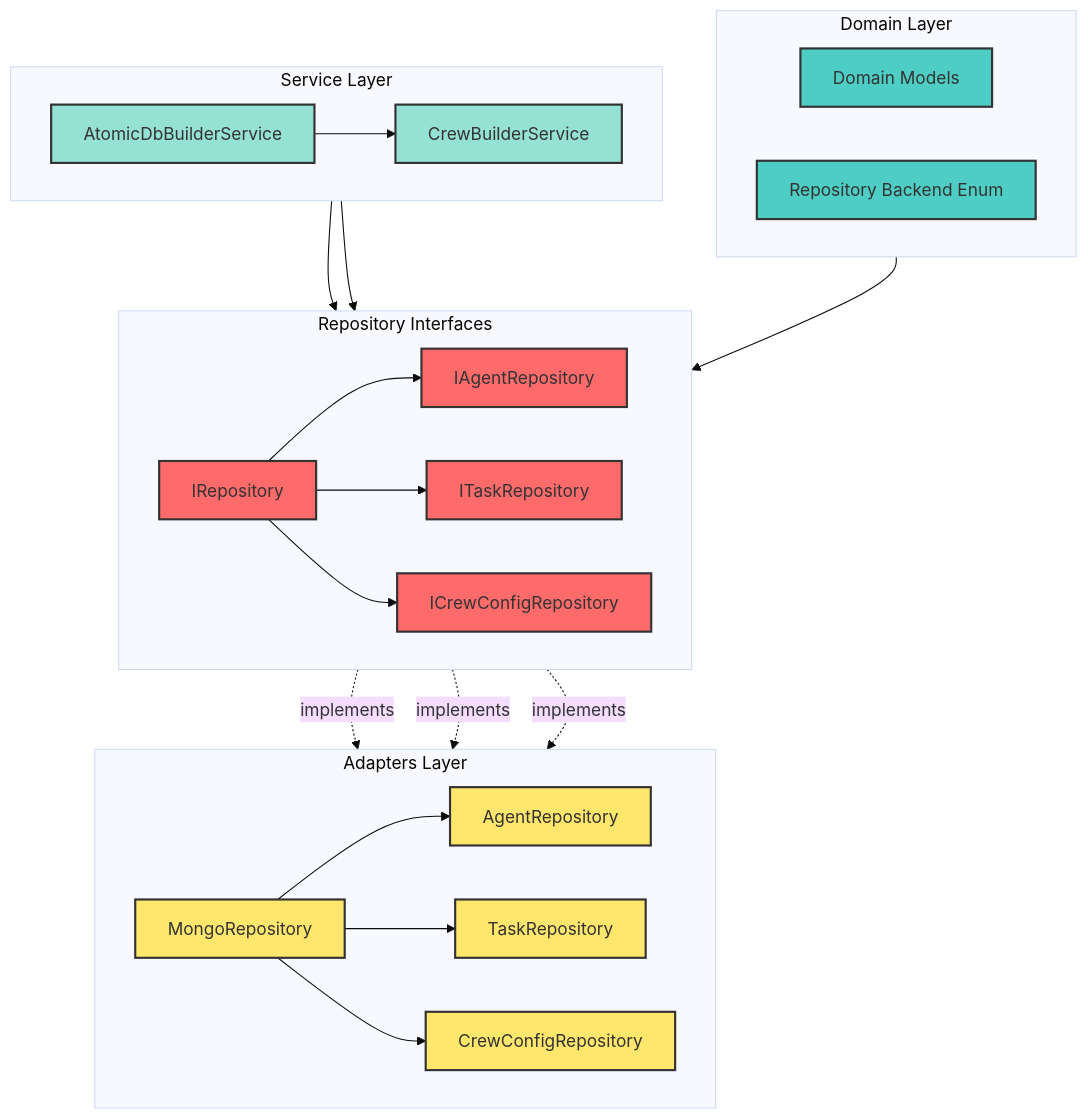
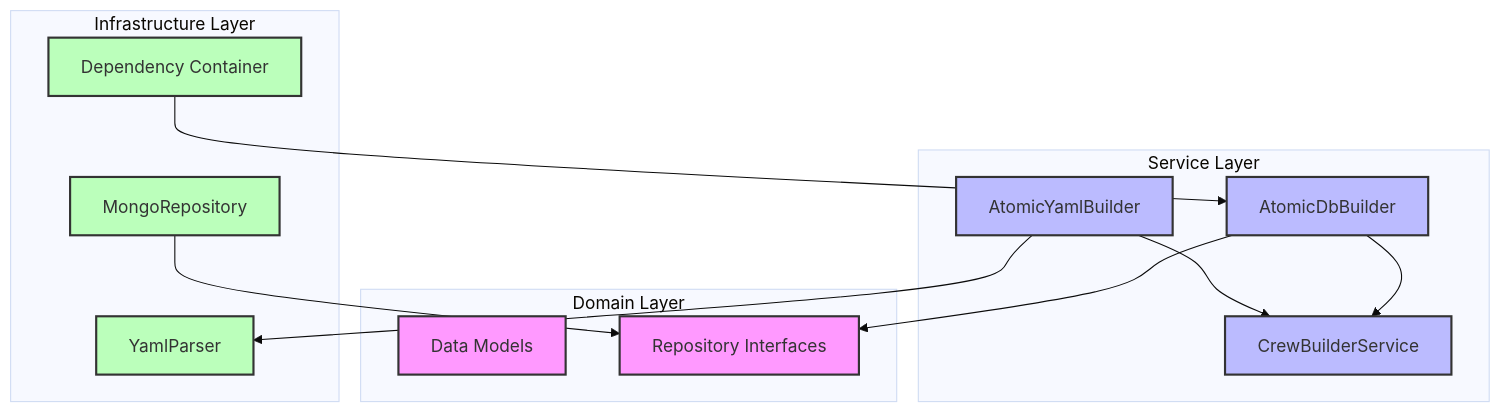
The first of 3 diagrams in docs/paper/modules/crew_forge/architecture.md (NikhilVijayakumar/Amsha), drawn with Mermaid before and after one commit. The commit also changed other lines of this file and 30 other files, not shown here.

````diff
--- a/docs/paper/modules/crew_forge/architecture.md
+++ b/docs/paper/modules/crew_forge/architecture.md
@@ -10,56 +9,31 @@
 ```mermaid
----
-config:
-  theme: base
----
-graph TB
-    classDef domain fill:#4ecdc4,stroke:#333,stroke-width:2px
-    classDef repo fill:#ff6b6b,stroke:#333,stroke-width:2px
-    classDef adapter fill:#ffe66d,stroke:#333,stroke-width:2px
-    classDef service fill:#95e1d3,stroke:#333,stroke-width:2px
-    
+%%{init: {'theme': 'base'}}%%
+flowchart TD
+    classDef domain fill:#f9f,stroke:#333,stroke-width:2px;
+    classDef service fill:#bbf,stroke:#333,stroke-width:2px;
+    classDef infra fill:#bfb,stroke:#333,stroke-width:2px;
+
     subgraph "Domain Layer"
-        direction LR
-        Models[Domain Models]:::domain
-        Enums[Repository Backend Enum]:::domain
+        Models[Data Models]:::domain
+        Interfaces[Repository Interfaces]:::domain
     end
-    
-    subgraph "Repository Interfaces"
-        direction LR
-        IRepo[IRepository]:::repo
-        IAgentRepo[IAgentRepository]:::repo
-        ITaskRepo[ITaskRepository]:::repo
-        ICrewRepo[ICrewConfigRepository]:::repo
+
+    subgraph "Service Layer"
+        CBS[CrewBuilderService]:::service
+        ADB[AtomicDbBuilder]:::service
+        AYB[AtomicYamlBuilder]:::service
     end
-    
-    subgraph "Adapters Layer"
-        direction LR
-        MongoRepo[MongoRepository]:::adapter
-        AgentRepo[AgentRepository]:::adapter
-        TaskRepo[TaskRepository]:::adapter
-        CrewRepo[CrewConfigRepository]:::adapter
+
+    subgraph "Infrastructure Layer"
+        Mongo[MongoRepository]:::infra
+        YParse[YamlParser]:::infra
+        DI[Dependency Container]:::infra
     end
-    
-    subgraph "Service Layer"
-        direction LR
-        AtomicBuilder[AtomicDbBuilderService]:::service
-        CrewBuilder[CrewBuilderService]:::service
-    end
-    
-    Models --> IRepo
-    IRepo --> IAgentRepo
-    IRepo --> ITaskRepo
-    IRepo --> ICrewRepo
-    
-    IAgentRepo -.implements.-> AgentRepo
-    ITaskRepo -.implements.-> TaskRepo
-    ICrewRepo -.implements.-> CrewRepo
-    
-    MongoRepo --> AgentRepo
-    MongoRepo --> TaskRepo
-    MongoRepo --> CrewRepo
-    
-    AtomicBuilder --> IAgentRepo
-    AtomicBuilder --> ITaskRepo
-    AtomicBuilder --> CrewBuilder
+
+    ADB --> CBS
+    AYB --> CBS
+    ADB --> Interfaces
+    AYB --> YParse
+    Mongo --> Interfaces
+    DI --> ADB
 ```
````
